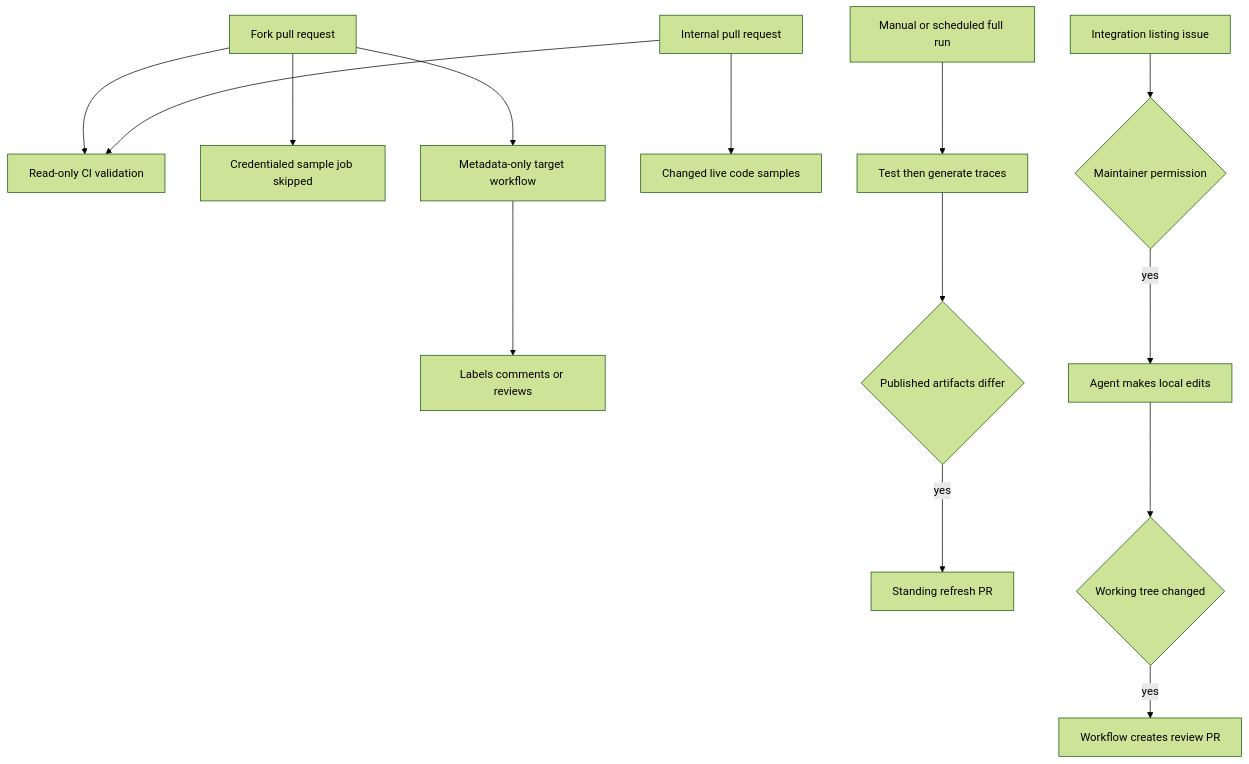
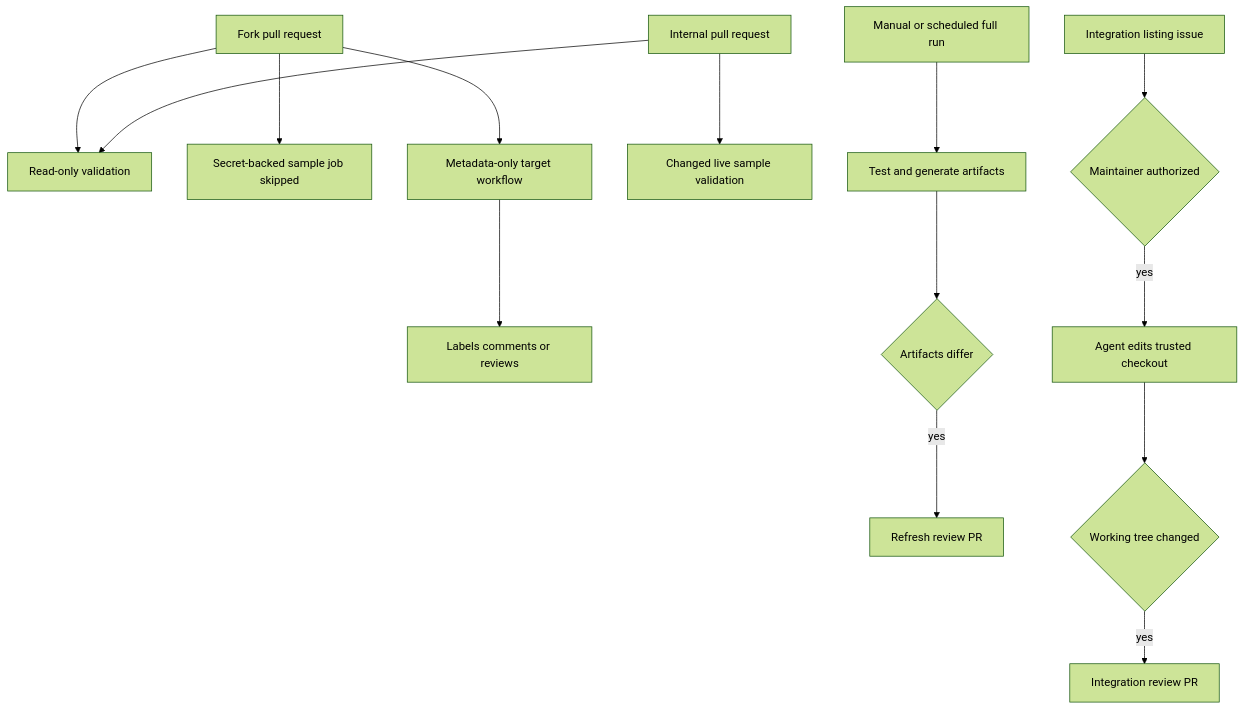
One commit to langchain-ai/docs changed the first of 3 diagrams in openwiki/integrations/github-actions.md. Above: the diagram before and after it, drawn with Mermaid (forest theme). The commit also changed other lines of this file and 25 other files, not shown here.

````diff
--- a/openwiki/integrations/github-actions.md
+++ b/openwiki/integrations/github-actions.md
@@ -65,16 +65,16 @@
 ```mermaid
 flowchart TD
-  ForkPR["Fork pull request"] --> CI["Read-only CI validation"]
-  ForkPR --> SampleSkip["Credentialed sample job skipped"]
-  ForkPR --> Target["Metadata-only target workflow"]
-  Target --> PRState["Labels comments or reviews"]
-  InternalPR["Internal pull request"] --> CI
-  InternalPR --> ChangedSamples["Changed live code samples"]
-  FullRun["Manual or scheduled full run"] --> Traces["Test then generate traces"]
-  Traces --> Diff{"Published artifacts differ"}
-  Diff -->|"yes"| RefreshPR["Standing refresh PR"]
-  ListingIssue["Integration listing issue"] --> Authorize{"Maintainer permission"}
-  Authorize -->|"yes"| Agent["Agent makes local edits"]
-  Agent --> AgentDiff{"Working tree changed"}
-  AgentDiff -->|"yes"| ListingPR["Workflow creates review PR"]
+  ForkPR["Fork pull request"] --> Validation["Read-only validation"]
+  ForkPR --> Skip["Secret-backed sample job skipped"]
+  ForkPR --> Metadata["Metadata-only target workflow"]
+  Metadata --> Mutation["Labels comments or reviews"]
+  InternalPR["Internal pull request"] --> Validation
+  InternalPR --> Samples["Changed live sample validation"]
+  FullRun["Manual or scheduled full run"] --> Trace["Test and generate artifacts"]
+  Trace --> Changed{"Artifacts differ"}
+  Changed -->|"yes"| RefreshPR["Refresh review PR"]
+  Issue["Integration listing issue"] --> Authorized{"Maintainer authorized"}
+  Authorized -->|"yes"| Agent["Agent edits trusted checkout"]
+  Agent --> AgentChanged{"Working tree changed"}
+  AgentChanged -->|"yes"| ListingPR["Integration review PR"]
 ```
````
